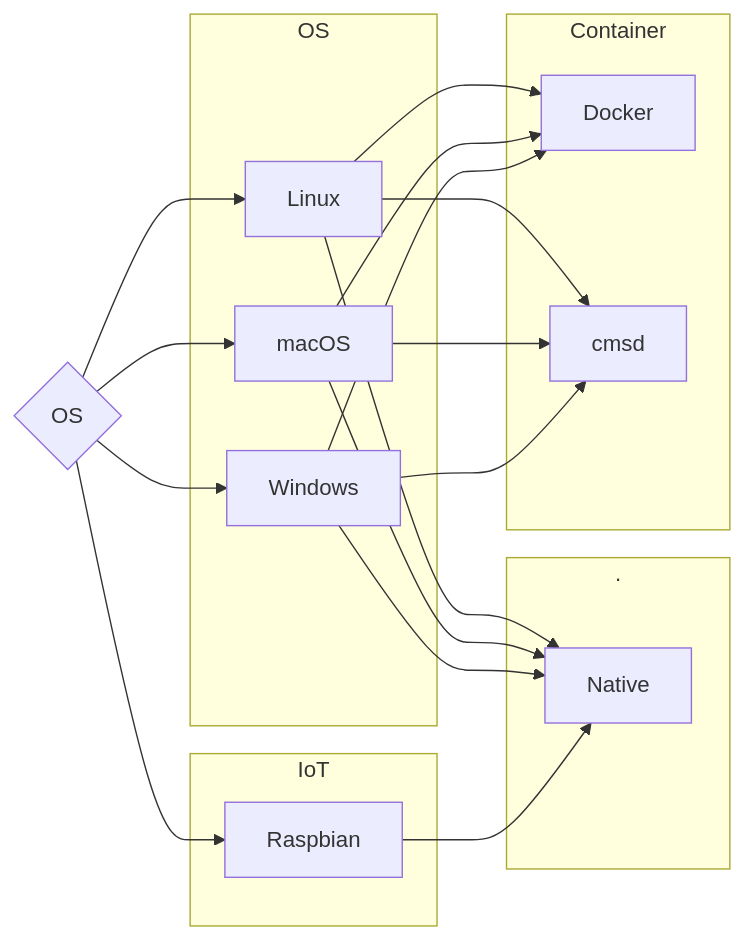
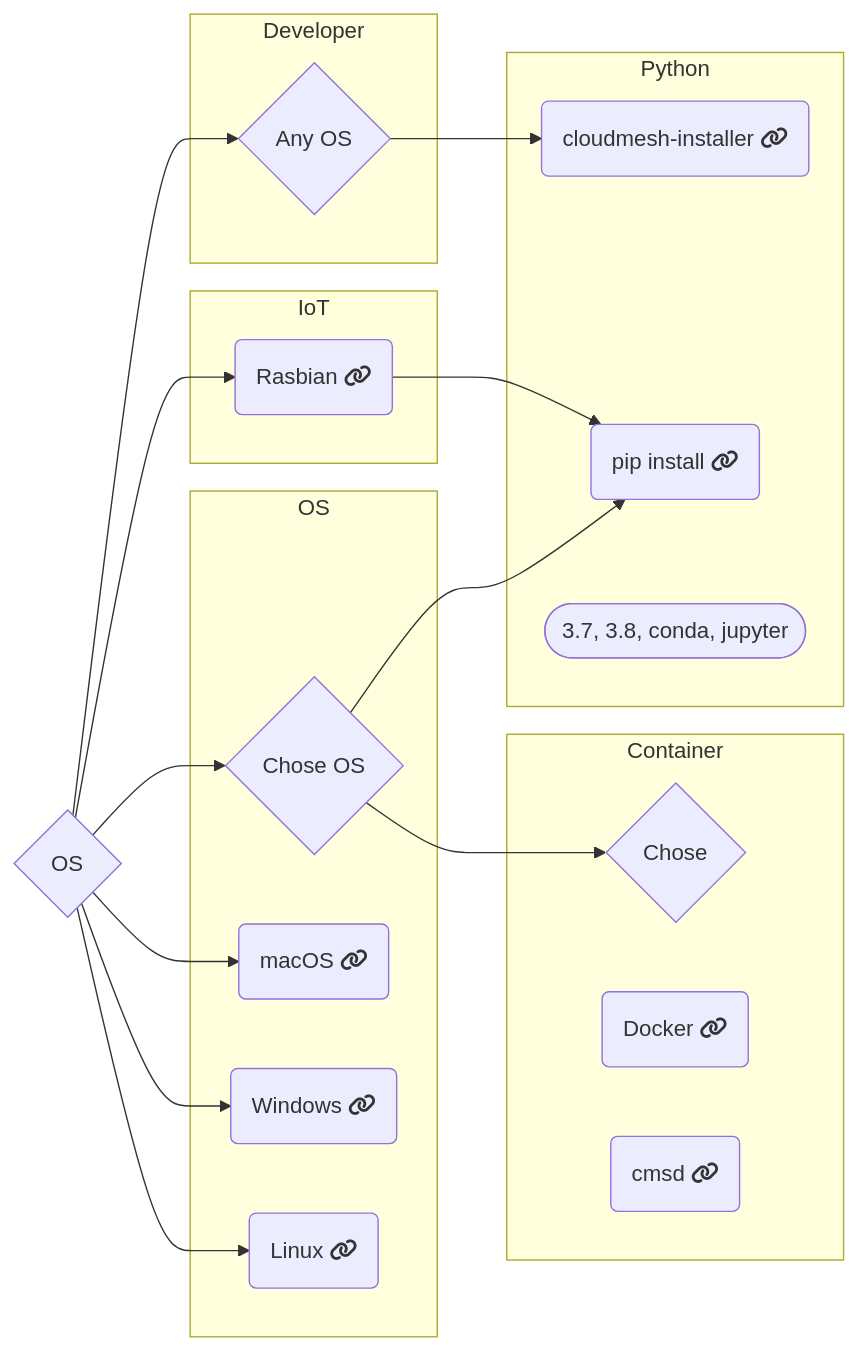
Before and after one commit to cloudmesh/cloudmesh-manual: the diagram in docs-source/source/installation/install.rst, drawn with Mermaid. The commit also changed other lines of this file and 1 other file, not shown here.

Commit message:
update the condensed install

```diff
--- a/docs-source/source/installation/install.rst
+++ b/docs-source/source/installation/install.rst
@@ -23,52 +20,56 @@
 .. mermaid::
 
    graph LR
-     os{OS}
+        os{OS}
 
-    subgraph .
-    Native
-    end
+        os-->chose{Chose OS}
+        os-->Raspbian
+        os-->macOS
+        os-->Windows
+        os-->Linux
+        os-->a
 
-    subgraph .
-    Native
-    end
+        a-->cmi
+
+        chose-->pip
+        chose-->c{Chose}
+
+        Raspbian-->pip
+
+        subgraph Python
+            p([3.7, 3.8, conda, jupyter])
+            pip(pip install fa:fa-link)
+            cmi(cloudmesh-installer fa:fa-link)
+        end
+
+        subgraph IoT
+            Raspbian(Rasbian fa:fa-link)
+        end
+
+        subgraph Developer
+            a{Any OS}
+        end
 
 
-     Linux-->Native
-     Linux-->Docker
-     Linux-->cmsd
+        subgraph  OS
+            chose
+            Linux(Linux fa:fa-link)
+            macOS(macOS fa:fa-link)
+            Windows(Windows fa:fa-link)
+        end
 
-     macOS-->Native
-     macOS-->Docker
-     macOS-->cmsd
+        subgraph "Container"
+            c
+            Docker(Docker fa:fa-link)
+            cmsd(cmsd fa:fa-link)
+        end
 
-     Windows-->Native
-     Windows-->Docker
-     Windows-->cmsd
-     Raspbian-->Native
+        click Raspbian "https://cloudmesh.github.io/cloudmesh-manual/installation/install-pi.html"
+        click Windows "https://cloudmesh.github.io/cloudmesh-manual/installation/install-windows.html"
+        click Linux "https://cloudmesh.github.io/cloudmesh-manual/installation/install-linux.html"
+        click macOS "https://cloudmesh.github.io/cloudmesh-manual/installation/install-macos.html"
 
-
-     os-->Raspbian
-     os-->macOS
-     os-->Windows
-     os-->Linux
-
-     subgraph IoT
-     Raspbian
-     end
-
-     subgraph  OS
-     Linux
-     macOS
-     Windows
-     end
-
-     subgraph Container
-     Docker
-     cmsd
-     end
-
-     click Raspbian "https://cloudmesh.github.io/cloudmesh-manual/installation/install-pi.html"
-     click Windows "https://cloudmesh.github.io/cloudmesh-manual/installation/install-windows.html"
-     click Linux "https://cloudmesh.github.io/cloudmesh-manual/installation/install-linux.html"
-     click macOS "https://cloudmesh.github.io/cloudmesh-manual/installation/install-macos.html"
+        click Docker "https://cloudmesh.github.io/cloudmesh-manual/installation/install-cmsd.html"
+        click cmsd "https://cloudmesh.github.io/cloudmesh-manual/installation/install-cmsd.html"
+        click pip "https://cloudmesh.github.io/cloudmesh-manual/installation/install-native.html"
+        click cmi "https://cloudmesh.github.io/cloudmesh-manual/installation/cloudmesh-installer.html"
```
